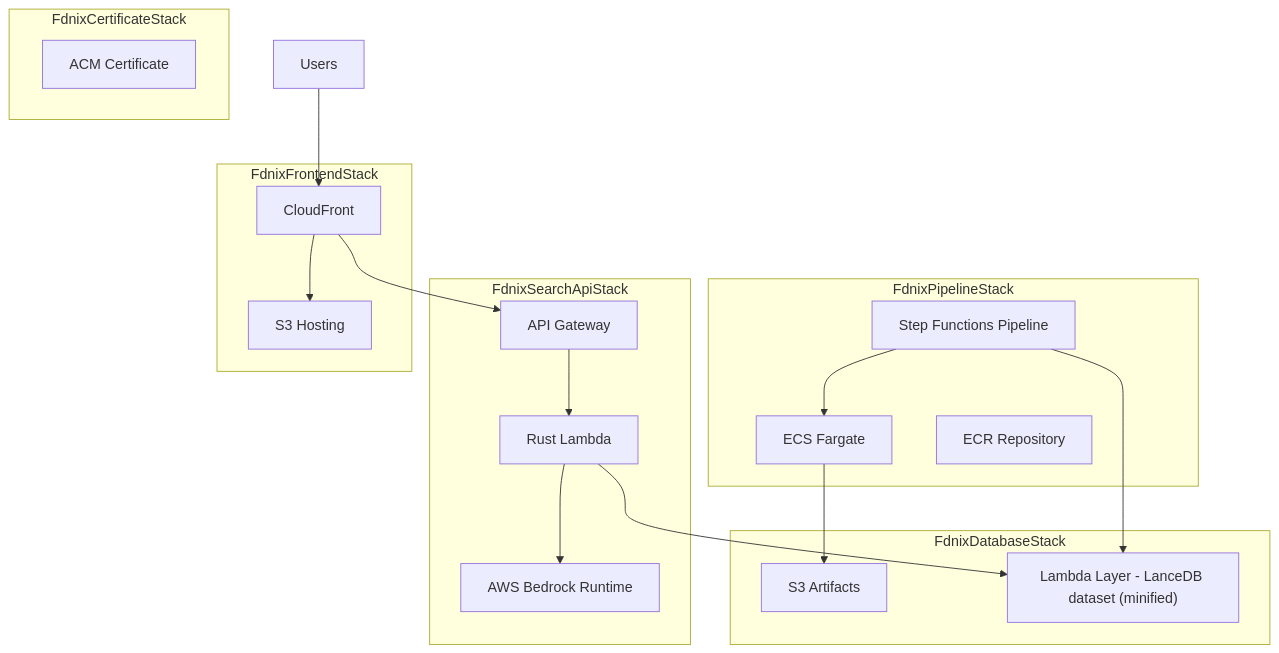
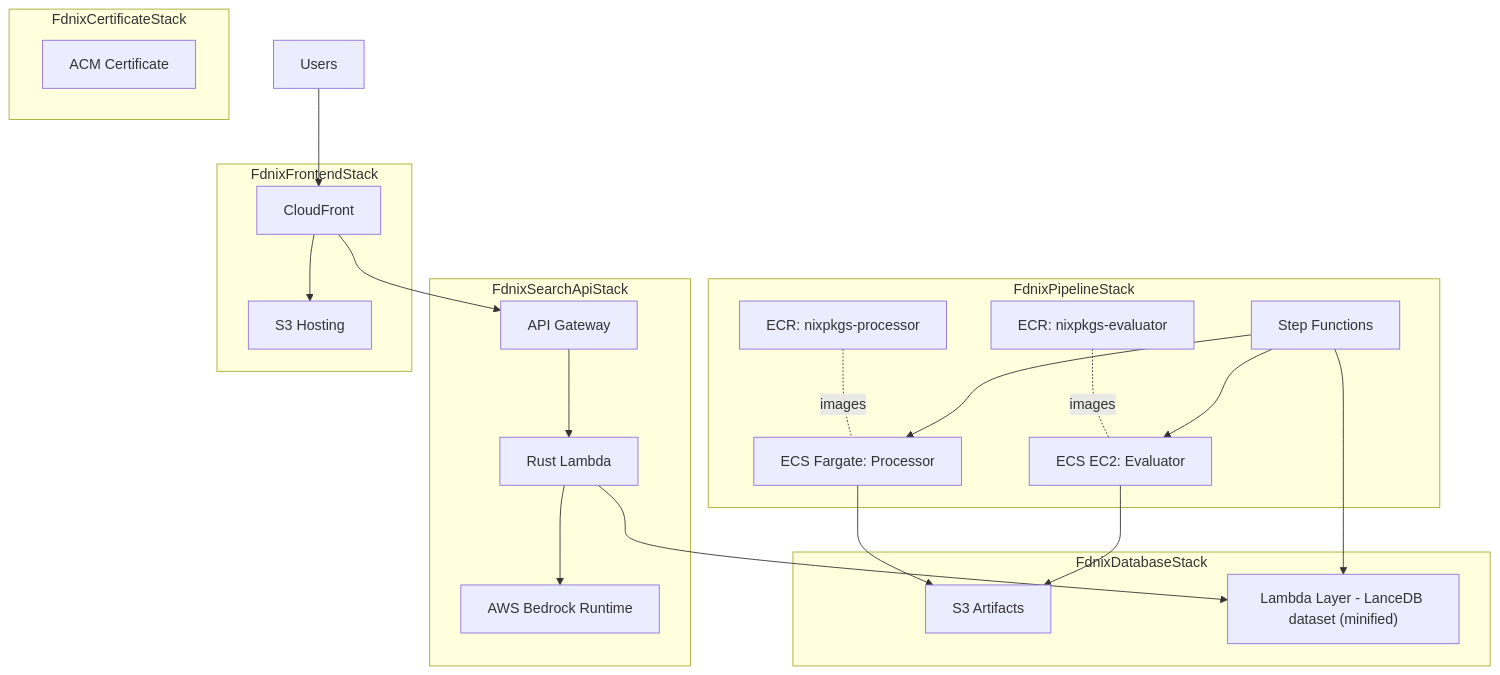
One commit to james-ralph8555/fdnix changed the first of 4 diagrams in packages/cdk/README.md. Above: the diagram before and after it, drawn with Mermaid. The commit also changed other lines of this file and 1 other file, not shown here.

Commit message:
ec2 backing ecs now

````diff
--- a/packages/cdk/README.md
+++ b/packages/cdk/README.md
@@ -17,43 +17,49 @@
 ```mermaid
 graph TD
     %% Top-level stacks
     subgraph FdnixCertificateStack
         cert["ACM Certificate"]
     end
 
     subgraph FdnixDatabaseStack
         s3_artifacts["S3 Artifacts"]
         db_layer["Lambda Layer - LanceDB dataset (minified)"]
     end
 
     subgraph FdnixPipelineStack
-        sfn["Step Functions Pipeline"]
-        ecs["ECS Fargate"]
-        ecr["ECR Repository"]
+        sfn["Step Functions"]
+        ec2_eval["ECS EC2: Evaluator"]
+        fg_proc["ECS Fargate: Processor"]
+        ecr_eval["ECR: nixpkgs-evaluator"]
+        ecr_proc["ECR: nixpkgs-processor"]
     end
 
     subgraph FdnixSearchApiStack
         api["API Gateway"]
         lambda["Rust Lambda"]
         bedrock["AWS Bedrock Runtime"]
     end
 
     subgraph FdnixFrontendStack
         cf["CloudFront"]
         s3_hosting["S3 Hosting"]
     end
 
     user["Users"] --> cf
     cf --> s3_hosting
     cf --> api
     api --> lambda
     lambda --> db_layer
     lambda --> bedrock
 
-    sfn --> ecs
-    ecs --> s3_artifacts
+    sfn --> ec2_eval
+    ec2_eval --> s3_artifacts
+    sfn --> fg_proc
+    fg_proc --> s3_artifacts
+    ecr_eval -. images .- ec2_eval
+    ecr_proc -. images .- fg_proc
     sfn --> db_layer
 
     %% No CDK-managed custom domain: certificate provisioned separately
     %% (no direct connection from cert to CloudFront in CDK)
 ```
````
